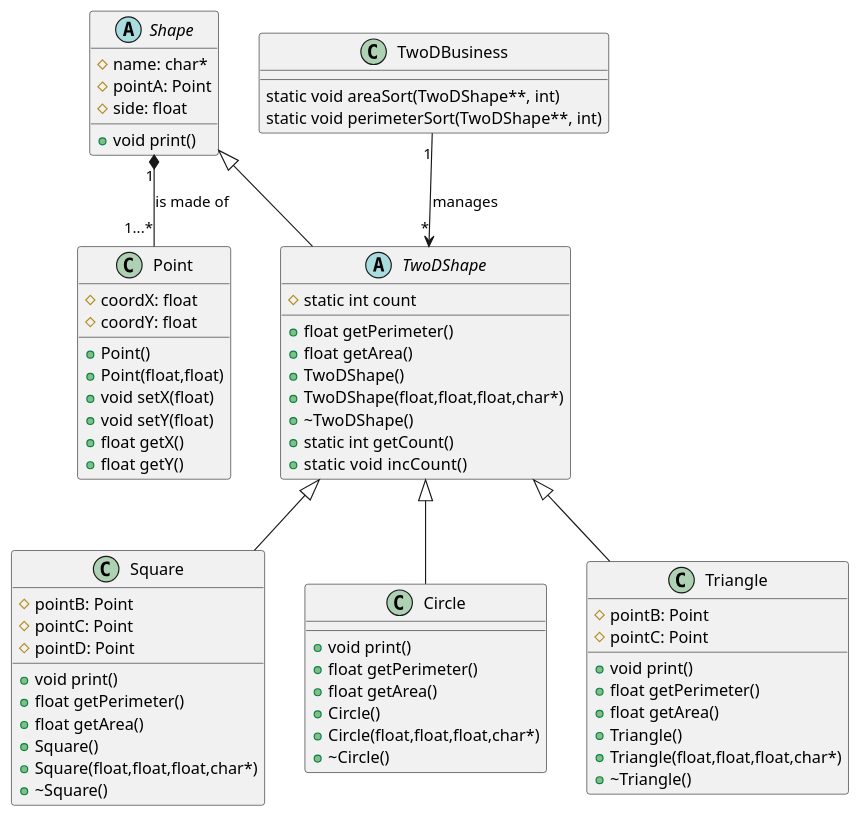
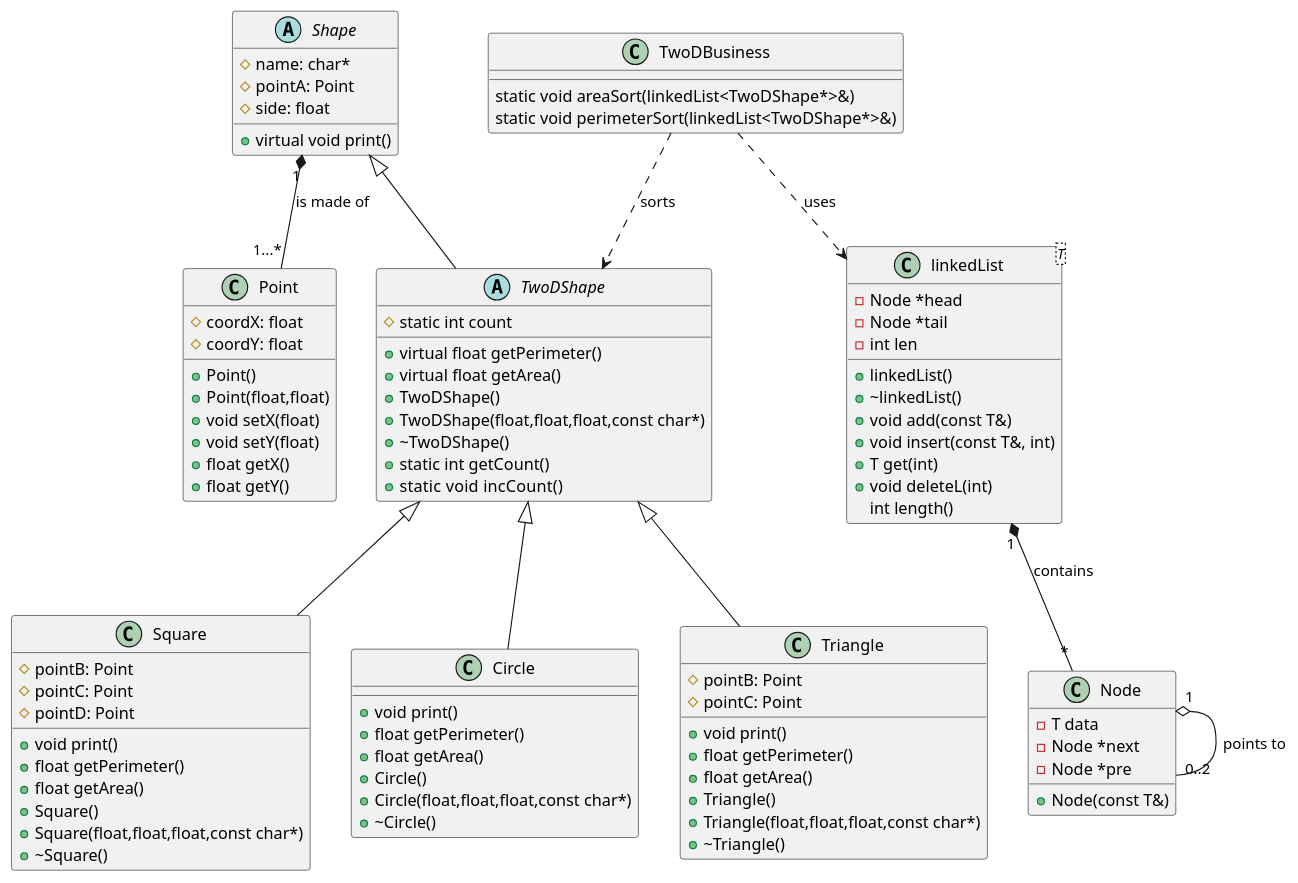
Before and after one commit to nyambayar0118/oop_lab10: the diagram in diagram.wsd, drawn with PlantUML.

Commit message:
class diagram changed

```diff
--- a/diagram.wsd
+++ b/diagram.wsd
@@ -1,70 +1,94 @@
 @startuml lab8
 class Point {
     #coordX: float
     #coordY: float
 +Point()
 +Point(float,float)
 +void setX(float)
 +void setY(float)
 +float getX()
 +float getY()
 }
 
 abstract class Shape {
    #name: char*
     #pointA: Point
 #side: float
-+void print()
++virtual void print()
 }
 
 abstract class TwoDShape extends Shape {
 #static int count
-+float getPerimeter()
-+float getArea()
++virtual float getPerimeter()
++virtual float getArea()
 +TwoDShape()
-+TwoDShape(float,float,float,char*)
++TwoDShape(float,float,float,const char*)
 +~TwoDShape()
 +static int getCount()
 +static  void incCount()
 }
 
 class Square extends TwoDShape {
     #pointB: Point
 #pointC: Point
 #pointD: Point
 +void print()
 +float getPerimeter()
 +float getArea()
 +Square()
-+Square(float,float,float,char*)
++Square(float,float,float,const char*)
 +~Square()
 }
 
 class Circle extends TwoDShape {
 +void print()
 +float getPerimeter()
 +float getArea()
 +Circle()
-+Circle(float,float,float,char*)
++Circle(float,float,float,const char*)
 +~Circle()
 }
 
 class Triangle extends TwoDShape {
 #pointB: Point
 #pointC: Point
 +void print()
 +float getPerimeter()
 +float getArea()
 +Triangle()
-+Triangle(float,float,float,char*)
++Triangle(float,float,float,const char*)
 +~Triangle()
 }
 
 class TwoDBusiness {
-static void areaSort(TwoDShape**, int)
-static void perimeterSort(TwoDShape**, int)
+static void areaSort(linkedList<TwoDShape*>&)
+static void perimeterSort(linkedList<TwoDShape*>&)
+}
+
+class Node {
+-T data
+-Node *next
+-Node *pre
++Node(const T&)
+}
+
+class linkedList<T> {
+-Node *head
+-Node *tail
+-int len
++linkedList()
++~linkedList()
++void add(const T&)
++void insert(const T&, int)
++T get(int)
++void deleteL(int)
+int length()
 }
 
 Shape "1" *-- "1...*" Point: is made of
-TwoDBusiness "1"--> "*" TwoDShape: manages
+TwoDBusiness ..> TwoDShape: sorts
+TwoDBusiness ..> linkedList: uses
+linkedList "1" *-- "*" Node: contains
+Node "1" o-- "0..2" Node: points to
+
 @enduml
```
